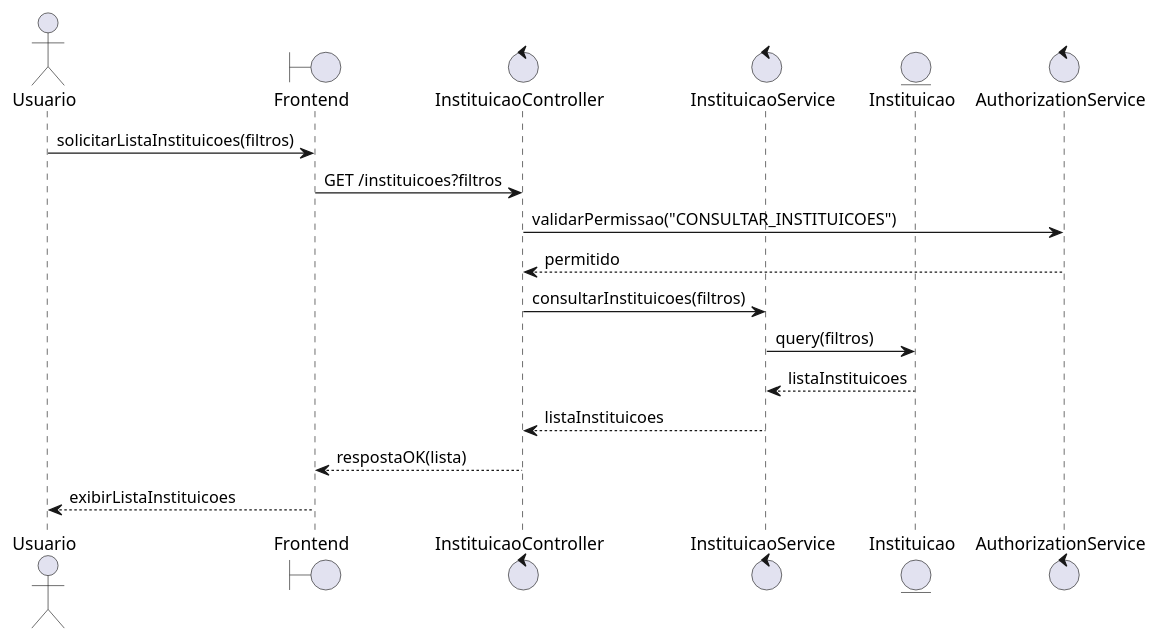
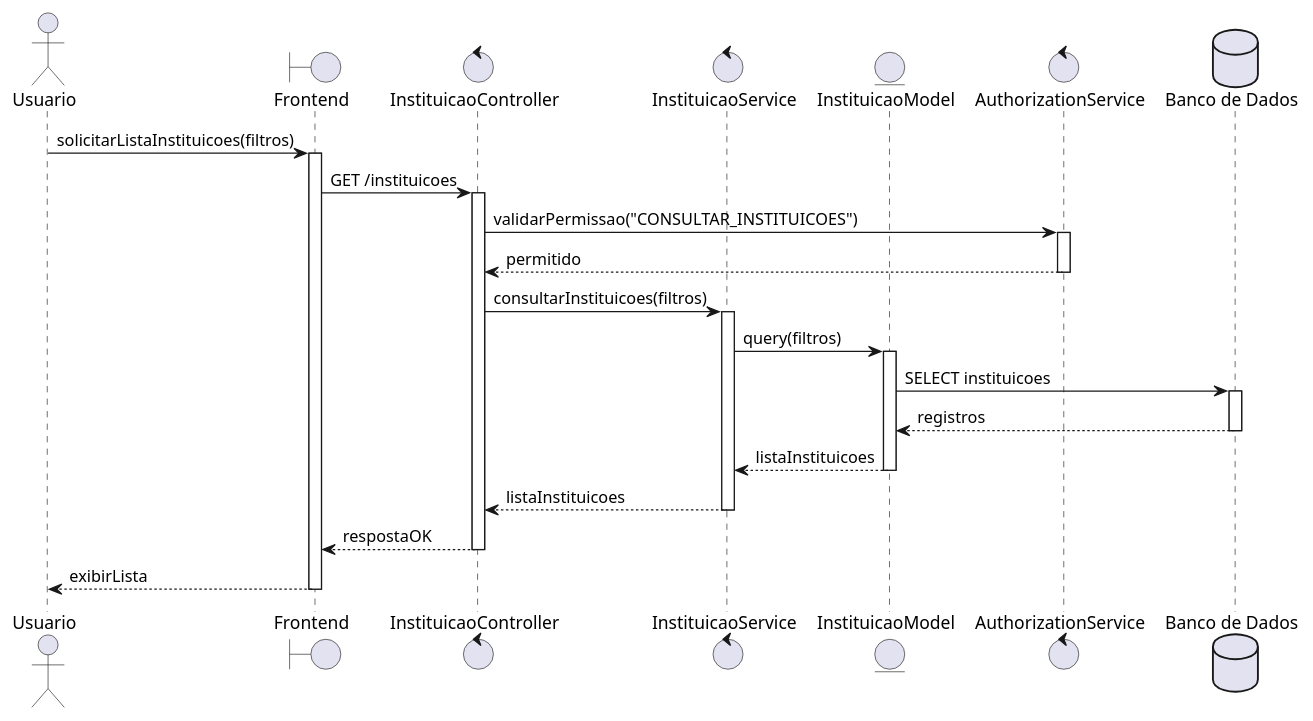
One commit to ICEI-PUC-Minas-PPLES-TI/plf-es-2025-2-tcci-0393100-dev-bernardo-biondini changed the diagram in Artefatos/Sequencia/con_ins.puml. Above: the diagram before and after it, drawn with PlantUML. The commit also changed 165 other files, not shown here.

Commit message:
Adequações dos diagramas de Sequencia e Comunicação as exigências da banca

```diff
--- a/Artefatos/Sequencia/con_ins.puml
+++ b/Artefatos/Sequencia/con_ins.puml
@@ -1,25 +1,34 @@
 @startuml
 actor Usuario
-
 boundary Frontend as FE
 control InstituicaoController as C
 control InstituicaoService as S
-entity Instituicao as M
+entity InstituicaoModel as M
 control AuthorizationService as AuthZ
+database "Banco de Dados" as DB
 
 Usuario -> FE : solicitarListaInstituicoes(filtros)
-FE -> C : GET /instituicoes?filtros
-
+activate FE
+FE -> C : GET /instituicoes
+activate C
 C -> AuthZ : validarPermissao("CONSULTAR_INSTITUICOES")
+activate AuthZ
 AuthZ --> C : permitido
-
+deactivate AuthZ
 C -> S : consultarInstituicoes(filtros)
-
+activate S
 S -> M : query(filtros)
+activate M
+M -> DB : SELECT instituicoes
+activate DB
+DB --> M : registros
+deactivate DB
 M --> S : listaInstituicoes
-
+deactivate M
 S --> C : listaInstituicoes
-C --> FE : respostaOK(lista)
-FE --> Usuario : exibirListaInstituicoes
-
+deactivate S
+C --> FE : respostaOK
+deactivate C
+FE --> Usuario : exibirLista
+deactivate FE
 @enduml
```
